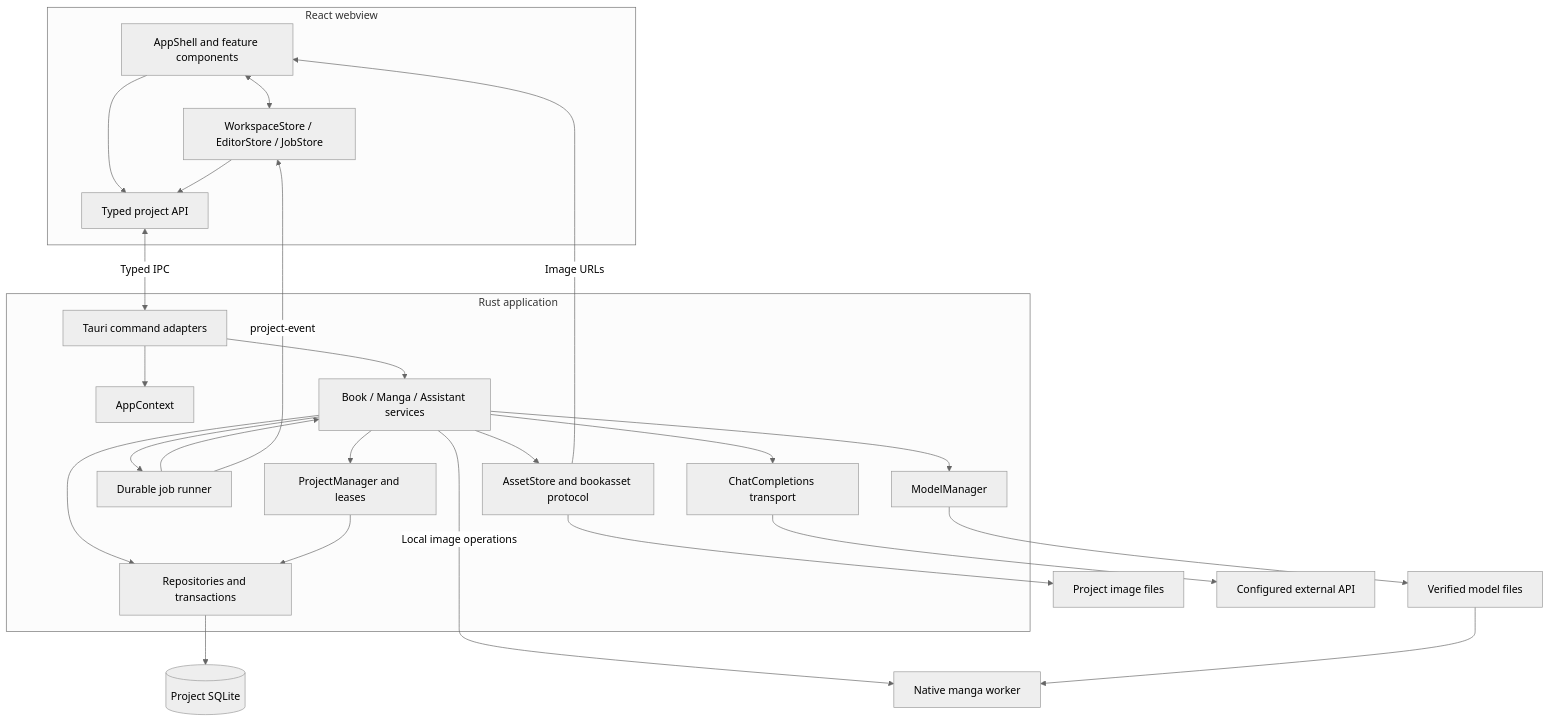
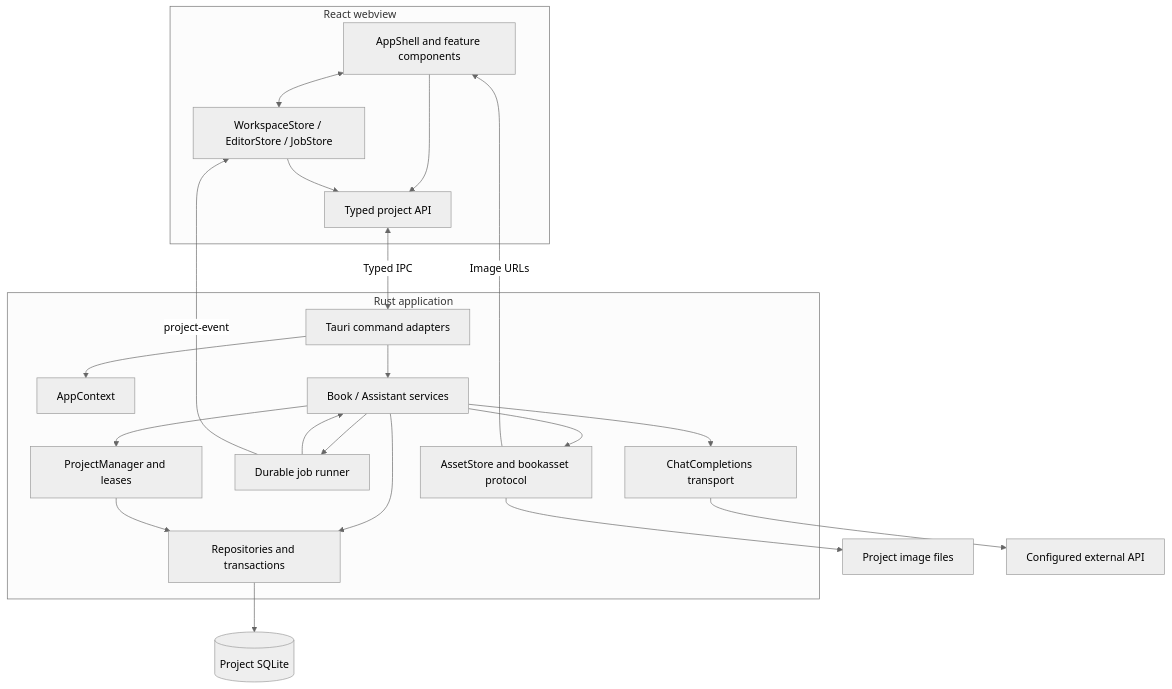
Before and after one commit to umount/book-converter: the first of 5 diagrams in docs/ARCHITECTURE.md, drawn with Mermaid (neutral theme). The commit also changed other lines of this file and 9 other files, not shown here.

````diff
--- a/docs/ARCHITECTURE.md
+++ b/docs/ARCHITECTURE.md
@@ -10,41 +9,36 @@
 ```mermaid
 flowchart TB
     subgraph Frontend[React webview]
         UI[AppShell and feature components]
         State[WorkspaceStore / EditorStore / JobStore]
         API[Typed project API]
         UI <--> State
         UI --> API
         State --> API
     end
     subgraph Backend[Rust application]
         IPC[Tauri command adapters]
         Context[AppContext]
-        Services[Book / Manga / Assistant services]
+        Services[Book / Assistant services]
         Manager[ProjectManager and leases]
         Jobs[Durable job runner]
         Storage[Repositories and transactions]
         Assets[AssetStore and bookasset protocol]
-        Models[ModelManager]
         AI[ChatCompletions transport]
         IPC --> Context
         IPC --> Services
         Services --> Manager
         Services --> Jobs
         Services --> Storage
         Jobs --> Services
         Manager --> Storage
         Services --> Assets
-        Services --> Models
         Services --> AI
     end
     API <-->|Typed IPC| IPC
     Jobs -->|project-event| State
     Storage --> DB[(Project SQLite)]
     Assets --> Files[Project image files]
     Assets -->|Image URLs| UI
     AI --> Provider[Configured external API]
-    Services -->|Local image operations| Worker[Native manga worker]
-    Models --> Weights[Verified model files]
-    Weights --> Worker
 ```
````
